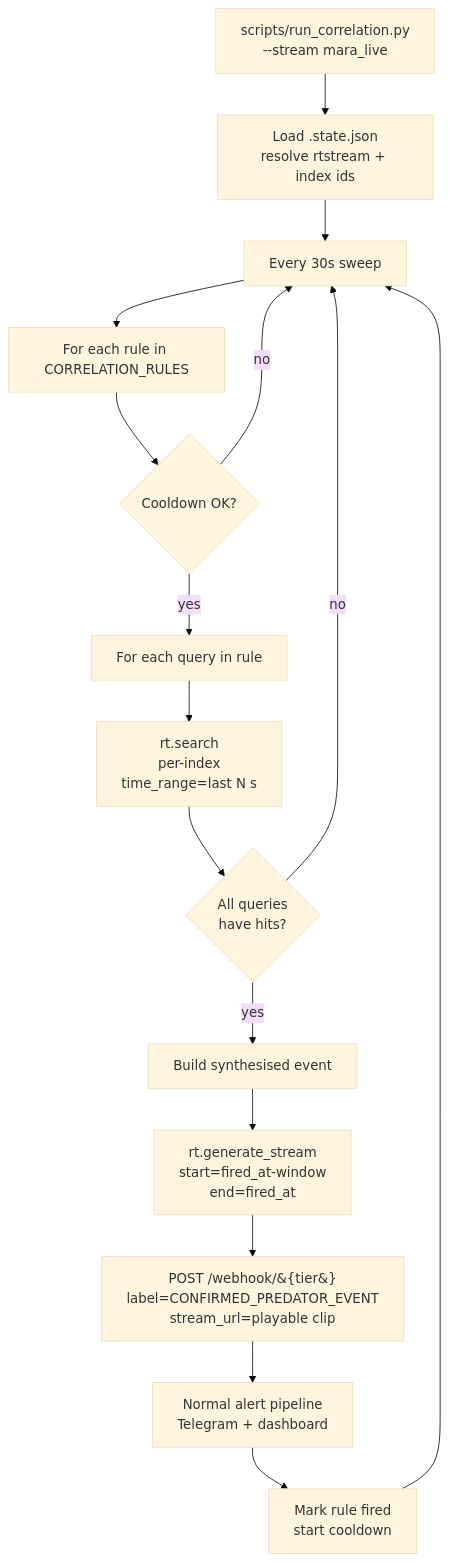
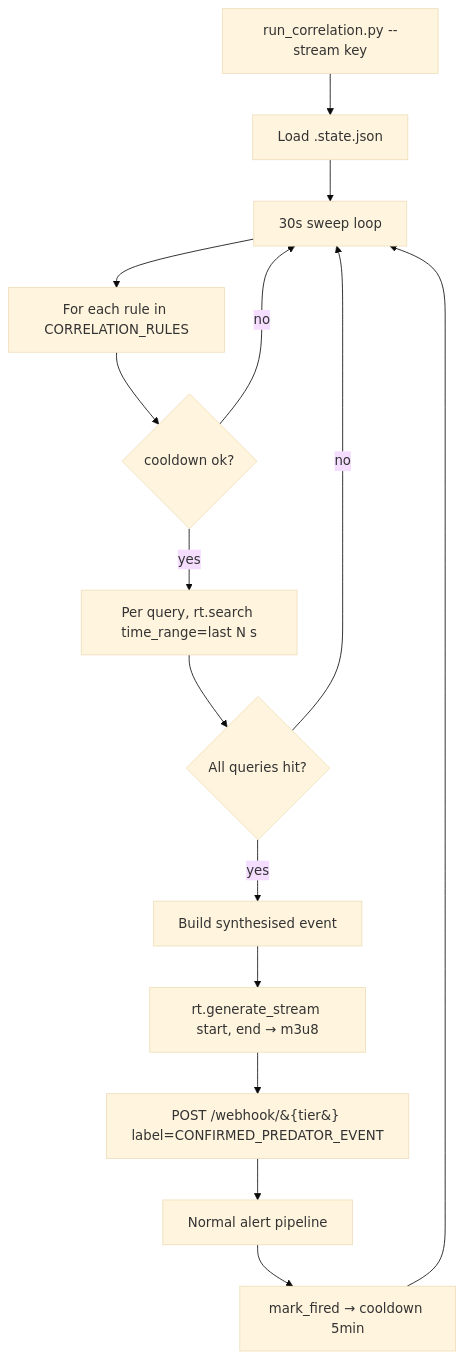
Before and after one commit to skalkii/wildwatch: the fourth of 11 diagrams in docs/FEATURE_FLOWS.md, drawn with Mermaid (base theme). The commit also changed other lines of this file and 1 other file, not shown here.

First line of the commit message:
docs: slim FEATURE_FLOWS + REPO_MAP, fix 2 broken Mermaid charts

````diff
--- a/docs/FEATURE_FLOWS.md
+++ b/docs/FEATURE_FLOWS.md
@@ -182,18 +125,17 @@
 ```mermaid
 flowchart TD
-    A[scripts/run_correlation.py<br/>--stream mara_live] --> B[Load .state.json<br/>resolve rtstream + index ids]
-    B --> C[Every 30s sweep]
-    C --> D[For each rule in CORRELATION_RULES]
-    D --> E{Cooldown OK?}
+    A["run_correlation.py --stream key"] --> B["Load .state.json"]
+    B --> C["30s sweep loop"]
+    C --> D["For each rule in CORRELATION_RULES"]
+    D --> E{"cooldown ok?"}
     E -->|no| C
-    E -->|yes| F[For each query in rule]
-    F --> G[rt.search<br/>per-index<br/>time_range=last N s]
-    G --> H{All queries<br/>have hits?}
-    H -->|no| C
-    H -->|yes| I[Build synthesised event]
-    I --> J[rt.generate_stream<br/>start=fired_at-window<br/>end=fired_at]
-    J --> K[POST /webhook/&#123;tier&#125;<br/>label=CONFIRMED_PREDATOR_EVENT<br/>stream_url=playable clip]
-    K --> L[Normal alert pipeline<br/>Telegram + dashboard]
-    L --> M[Mark rule fired<br/>start cooldown]
-    M --> C
+    E -->|yes| F["Per query, rt.search time_range=last N s"]
+    F --> G{"All queries hit?"}
+    G -->|no| C
+    G -->|yes| H["Build synthesised event"]
+    H --> I["rt.generate_stream start, end → m3u8"]
+    I --> J["POST /webhook/&#123;tier&#125; label=CONFIRMED_PREDATOR_EVENT"]
+    J --> K["Normal alert pipeline"]
+    K --> L["mark_fired → cooldown 5min"]
+    L --> C
 ```
````
